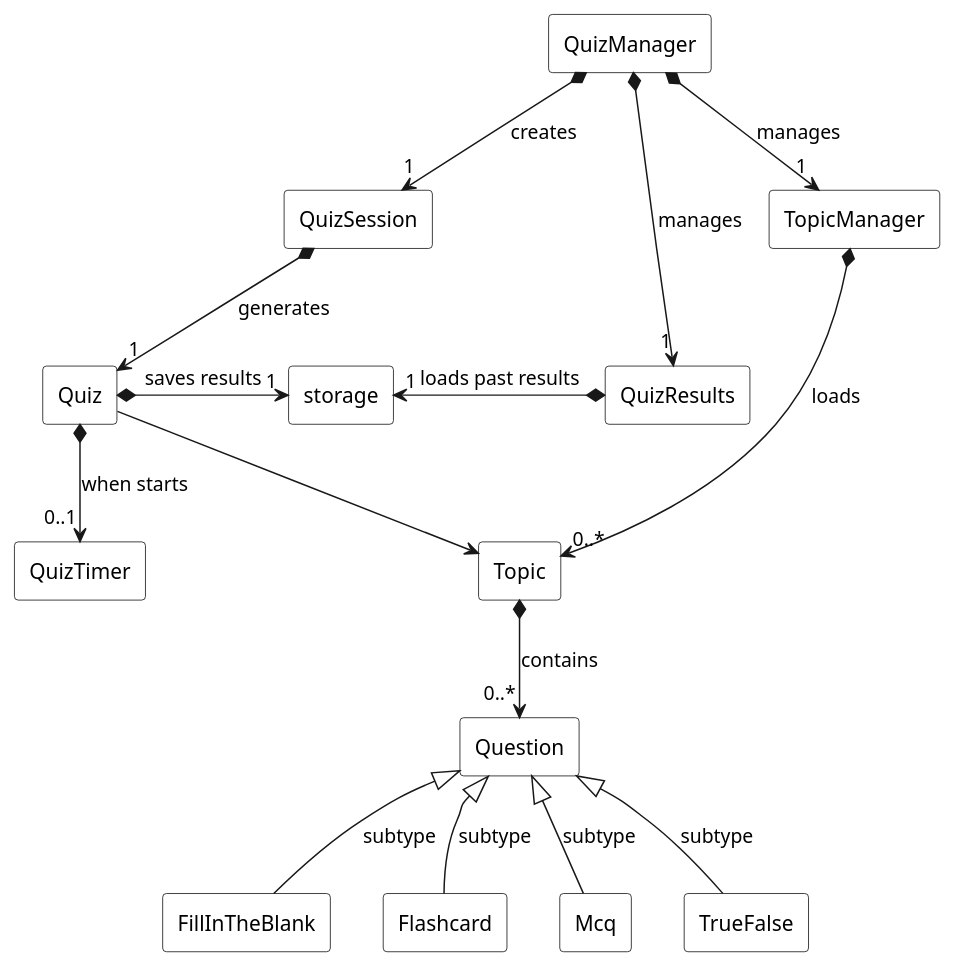
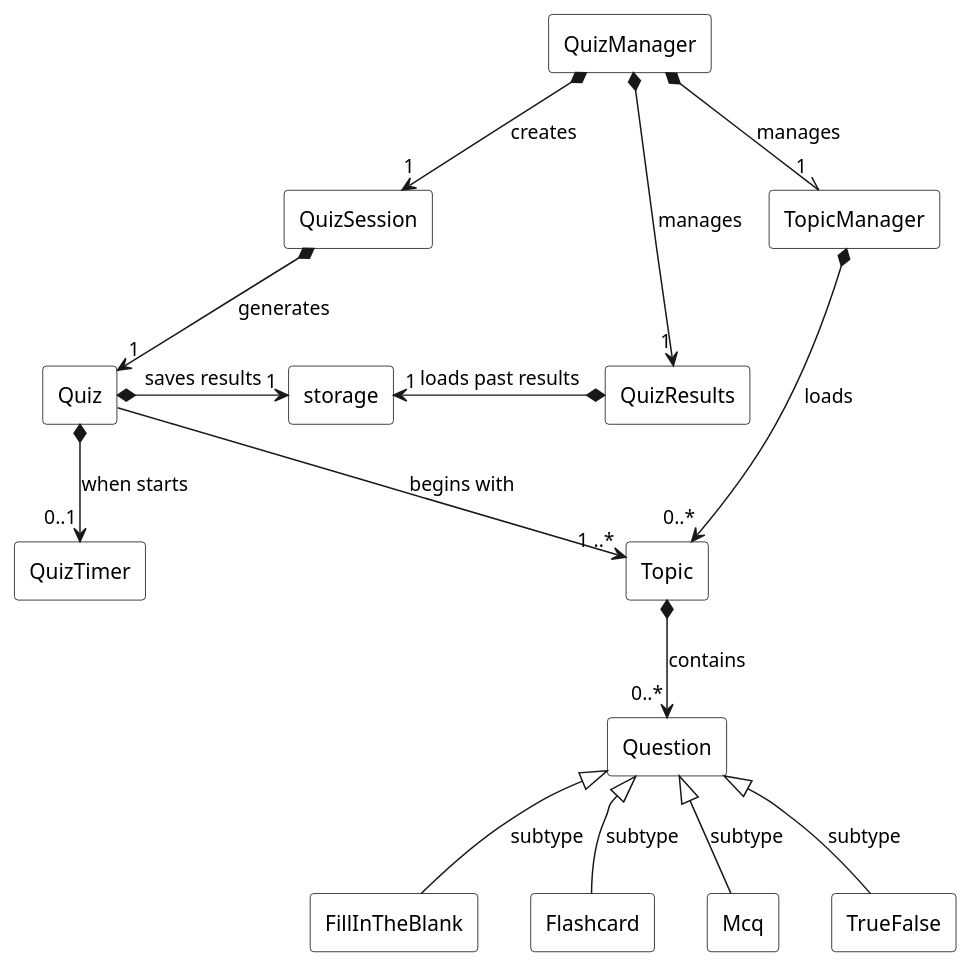
Before and after one commit to nus-cs2113-AY2425S1/tp: the diagram in docs/UML/puml-files/QuizManagerArchitecture.puml, drawn with PlantUML. The commit also changed 4 other files, not shown here.

```diff
--- a/docs/UML/puml-files/QuizManagerArchitecture.puml
+++ b/docs/UML/puml-files/QuizManagerArchitecture.puml
@@ -1,51 +1,51 @@
 @startuml
 
 hide circle
 
 skinparam classAttributeIconSize 0
 
 skinparam rectangle {
     BackgroundColor White
     BorderColor Black
     FontColor Black
 }
 
 rectangle QuizManager as QM
 rectangle QuizSession as QS
 rectangle TopicManager as TM
 rectangle QuizResults as QR
 
 QM *-down-> "1" QS : creates
-QM *-down-> "1" TM : manages
+QM *-down-\\ "1" TM : manages
 QM *-down-> "1" QR : manages
 
 rectangle Quiz as Q
 rectangle Topic as T
 rectangle QuizTimer as QTi
 
 QS *-down-> "1" Q : generates
 TM *--down-> "0..*" T : loads
 Q *-down-> "0..1" QTi : when starts
 
 rectangle Question as Ques
 T *-down-> "0..*" Ques : contains
 
 rectangle FillInTheBlank as FITB
 rectangle Flashcard as FC
 rectangle Mcq as MCQ
 rectangle TrueFalse as TF
 
 Ques <|-down- FITB : subtype
 Ques <|-down- FC : subtype
 Ques <|-down- MCQ : subtype
 Ques <|-down- TF : subtype
 
 rectangle storage as store
 
 QR *--left-> "1" store : loads past results
 Q *-> "1" store : saves results
 
-Q --> T
+Q --> "1 ..*" T : begins with
 
 
 @enduml
```
